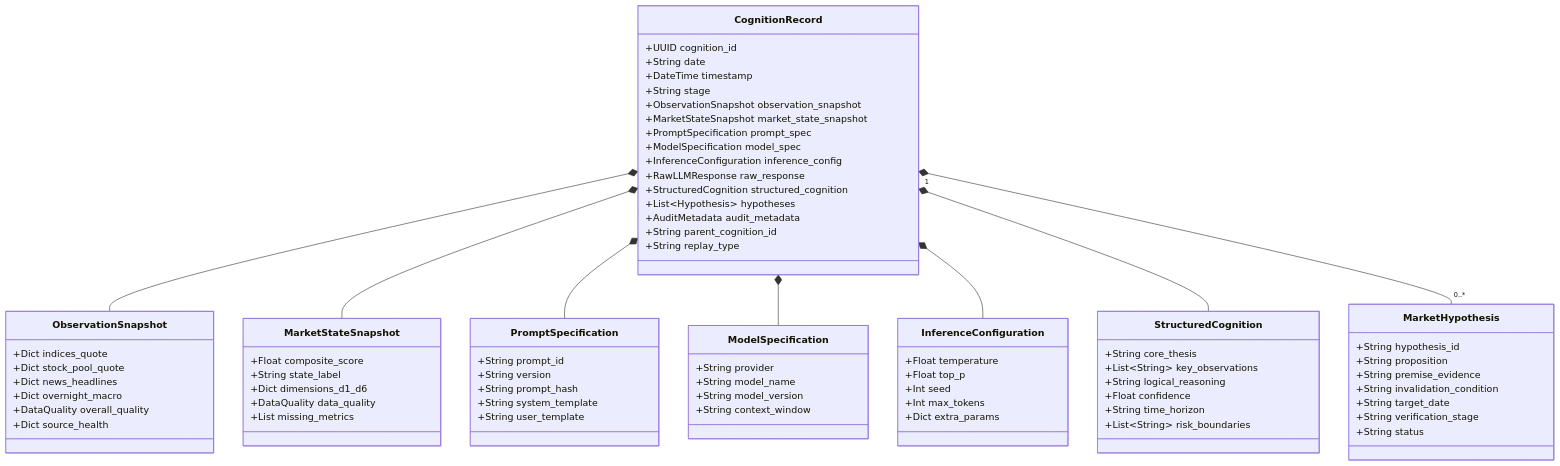
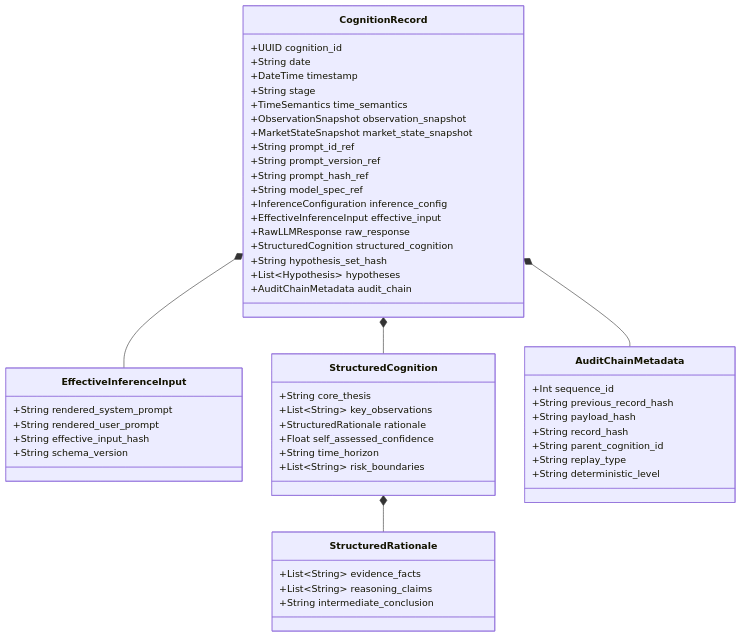
One commit to siyuwha/zhijian changed the first of 5 diagrams in 开发文档/28-Cognition-Phase2-可审计结构化认知引擎技术设计单.md. Above: the diagram before and after it, drawn with Mermaid. The commit also changed other lines of this file and 133 other files, not shown here.

````diff
--- a/开发文档/28-Cognition-Phase2-可审计结构化认知引擎技术设计单.md
+++ b/开发文档/28-Cognition-Phase2-可审计结构化认知引擎技术设计单.md
@@ -170,80 +145,56 @@
 ```mermaid
 classDiagram
     class CognitionRecord {
         +UUID cognition_id
         +String date
         +DateTime timestamp
         +String stage
+        +TimeSemantics time_semantics
         +ObservationSnapshot observation_snapshot
         +MarketStateSnapshot market_state_snapshot
-        +PromptSpecification prompt_spec
-        +ModelSpecification model_spec
+        +String prompt_id_ref
+        +String prompt_version_ref
+        +String prompt_hash_ref
+        +String model_spec_ref
         +InferenceConfiguration inference_config
+        +EffectiveInferenceInput effective_input
         +RawLLMResponse raw_response
         +StructuredCognition structured_cognition
+        +String hypothesis_set_hash
         +List~Hypothesis~ hypotheses
-        +AuditMetadata audit_metadata
-        +String parent_cognition_id
-        +String replay_type
+        +AuditChainMetadata audit_chain
     }
-    class ObservationSnapshot {
-        +Dict indices_quote
-        +Dict stock_pool_quote
-        +Dict news_headlines
-        +Dict overnight_macro
-        +DataQuality overall_quality
-        +Dict source_health
-    }
-    class MarketStateSnapshot {
-        +Float composite_score
-        +String state_label
-        +Dict dimensions_d1_d6
-        +DataQuality data_quality
-        +List missing_metrics
-    }
-    class PromptSpecification {
-        +String prompt_id
-        +String version
-        +String prompt_hash
-        +String system_template
-        +String user_template
-    }
-    class ModelSpecification {
-        +String provider
-        +String model_name
-        +String model_version
-        +String context_window
-    }
-    class InferenceConfiguration {
-        +Float temperature
-        +Float top_p
-        +Int seed
-        +Int max_tokens
-        +Dict extra_params
+    class EffectiveInferenceInput {
+        +String rendered_system_prompt
+        +String rendered_user_prompt
+        +String effective_input_hash
+        +String schema_version
     }
     class StructuredCognition {
         +String core_thesis
         +List~String~ key_observations
-        +String logical_reasoning
-        +Float confidence
+        +StructuredRationale rationale
+        +Float self_assessed_confidence
         +String time_horizon
         +List~String~ risk_boundaries
     }
-    class MarketHypothesis {
-        +String hypothesis_id
-        +String proposition
-        +String premise_evidence
-        +String invalidation_condition
-        +String target_date
-        +String verification_stage
-        +String status
+    class StructuredRationale {
+        +List~String~ evidence_facts
+        +List~String~ reasoning_claims
+        +String intermediate_conclusion
+    }
+    class AuditChainMetadata {
+        +Int sequence_id
+        +String previous_record_hash
+        +String payload_hash
+        +String record_hash
+        +String parent_cognition_id
+        +String replay_type
+        +String deterministic_level
     }
 
-    CognitionRecord *-- ObservationSnapshot
-    CognitionRecord *-- MarketStateSnapshot
-    CognitionRecord *-- PromptSpecification
-    CognitionRecord *-- ModelSpecification
-    CognitionRecord *-- InferenceConfiguration
+    CognitionRecord *-- EffectiveInferenceInput
     CognitionRecord *-- StructuredCognition
-    CognitionRecord "1" *-- "0..*" MarketHypothesis
+    CognitionRecord *-- AuditChainMetadata
+    StructuredCognition *-- StructuredRationale
 ```
````
